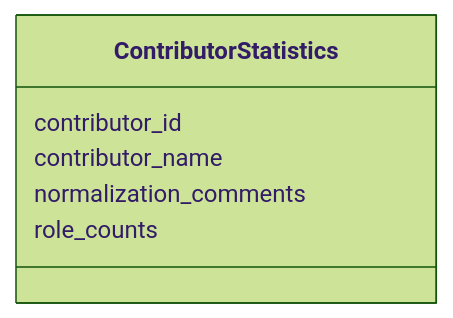
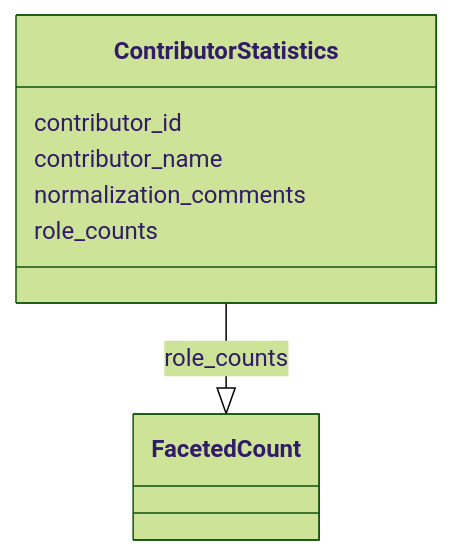
Before and after one commit to cthoyt/ontology-access-kit: the diagram in summary-statistics/ContributorStatistics.md, drawn with Mermaid (forest theme). The commit also changed other lines of this file and 3287 other files, not shown here.

````diff
--- a/summary-statistics/ContributorStatistics.md
+++ b/summary-statistics/ContributorStatistics.md
@@ -11,9 +14,15 @@
 ```{mermaid}
  classDiagram
     class ContributorStatistics
       ContributorStatistics : contributor_id
+        
       ContributorStatistics : contributor_name
+        
       ContributorStatistics : normalization_comments
+        
       ContributorStatistics : role_counts
+        
+          ContributorStatistics --|> FacetedCount : role_counts
+        
       
 ```
````
